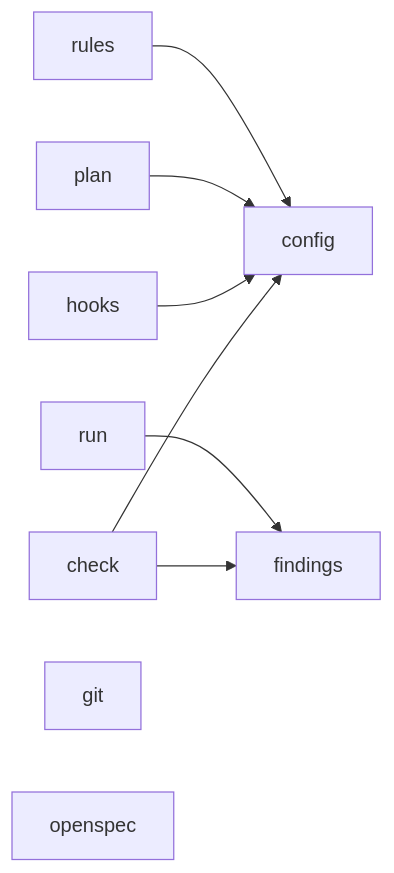
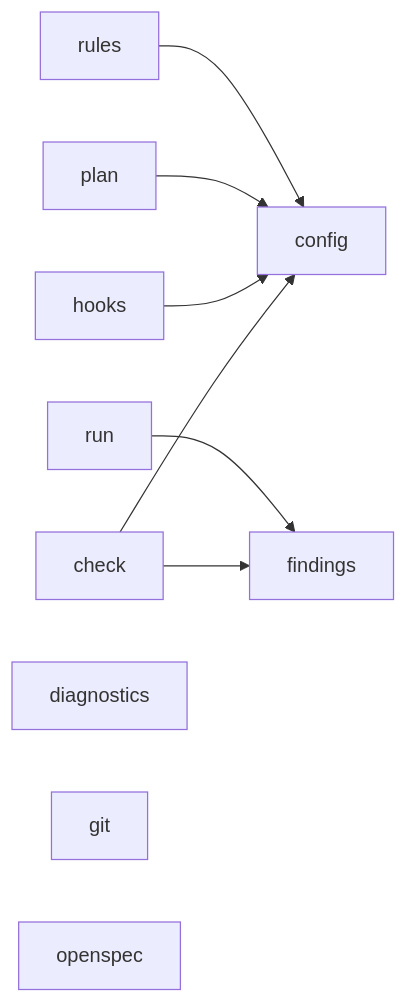
The first of 6 diagrams in docs/concepts/cli-config-hooks.md (broneq/bdk), drawn with Mermaid before and after one commit. The commit also changed other lines of this file and 14 other files, not shown here.

First line of the commit message:
docs(concepts): bring the diagrams up to date with the skills

````diff
--- a/docs/concepts/cli-config-hooks.md
+++ b/docs/concepts/cli-config-hooks.md
@@ -11,11 +11,12 @@
 ```mermaid
 flowchart LR
   check --> config
   check --> findings
   hooks --> config
   plan --> config
   rules --> config
   run --> findings
+  diagnostics
   git
   openspec
 ```
````
